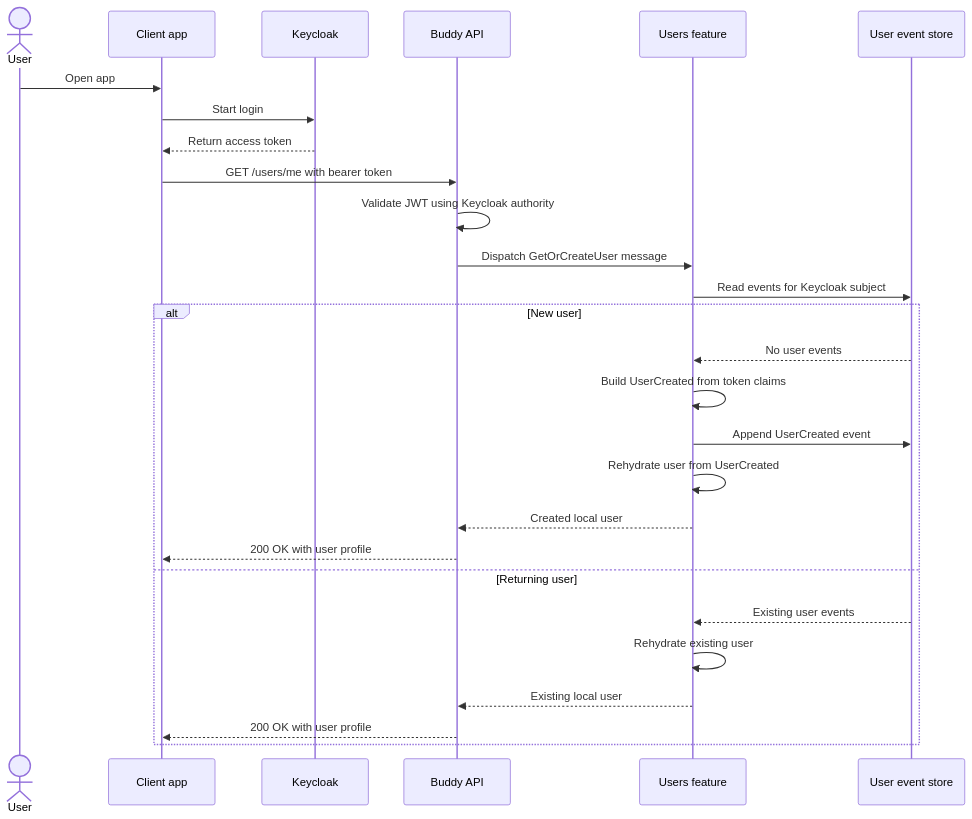
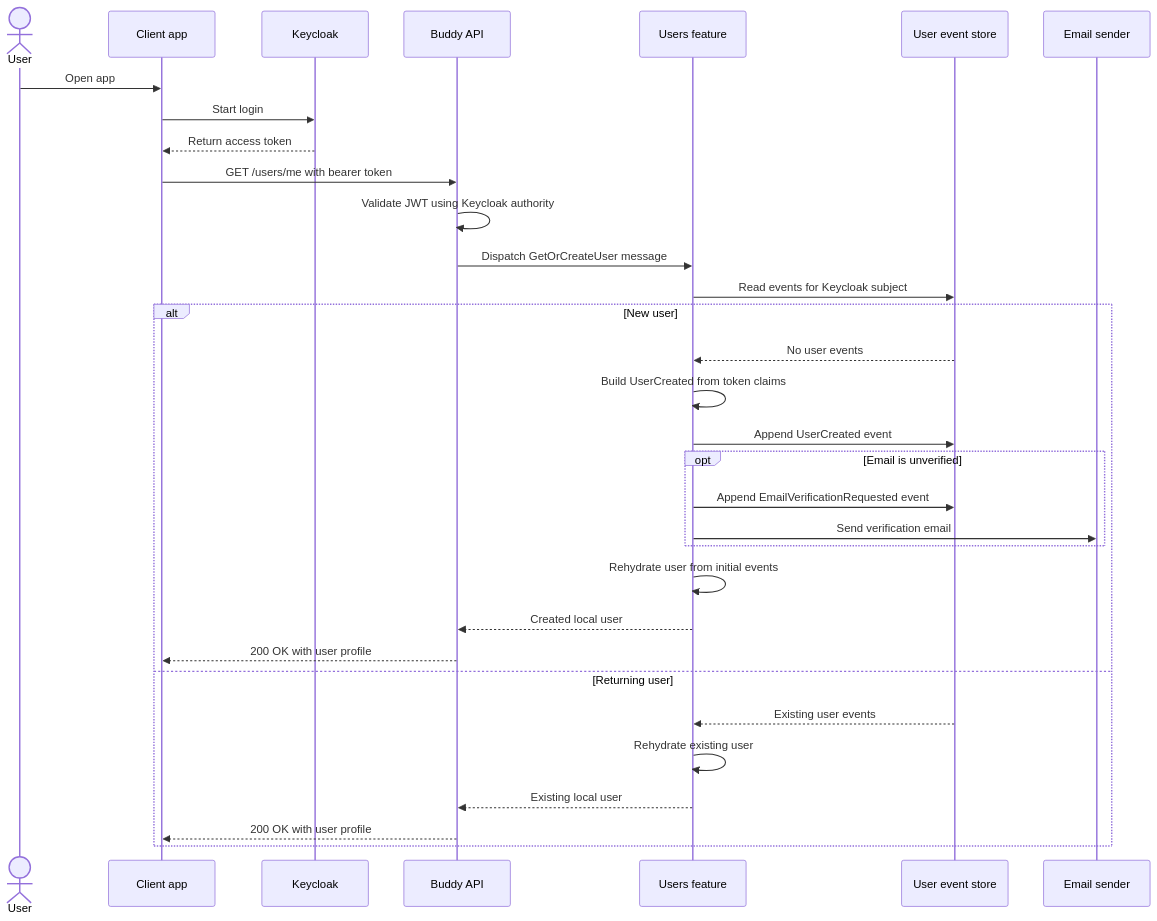
The diagram in docs/backend/users/flow.md (kimipsen/buddy), drawn with Mermaid before and after one commit. The commit also changed other lines of this file and 29 other files, not shown here.

Commit message:
feat: add email verification functionality; implement email sending, verification token generation, and related endpoints for user email management

````diff
--- a/docs/backend/users/flow.md
+++ b/docs/backend/users/flow.md
@@ -5,31 +5,36 @@
 ```mermaid
 sequenceDiagram
     actor User
     participant App as Client app
     participant Keycloak
     participant API as Buddy API
     participant Users as Users feature
     participant Store as User event store
+    participant Email as Email sender
 
     User->>App: Open app
     App->>Keycloak: Start login
     Keycloak-->>App: Return access token
     App->>API: GET /users/me with bearer token
     API->>API: Validate JWT using Keycloak authority
     API->>Users: Dispatch GetOrCreateUser message
     Users->>Store: Read events for Keycloak subject
 
     alt New user
         Store-->>Users: No user events
         Users->>Users: Build UserCreated from token claims
         Users->>Store: Append UserCreated event
-        Users->>Users: Rehydrate user from UserCreated
+        opt Email is unverified
+            Users->>Store: Append EmailVerificationRequested event
+            Users->>Email: Send verification email
+        end
+        Users->>Users: Rehydrate user from initial events
         Users-->>API: Created local user
         API-->>App: 200 OK with user profile
     else Returning user
         Store-->>Users: Existing user events
         Users->>Users: Rehydrate existing user
         Users-->>API: Existing local user
         API-->>App: 200 OK with user profile
     end
 ```
````
